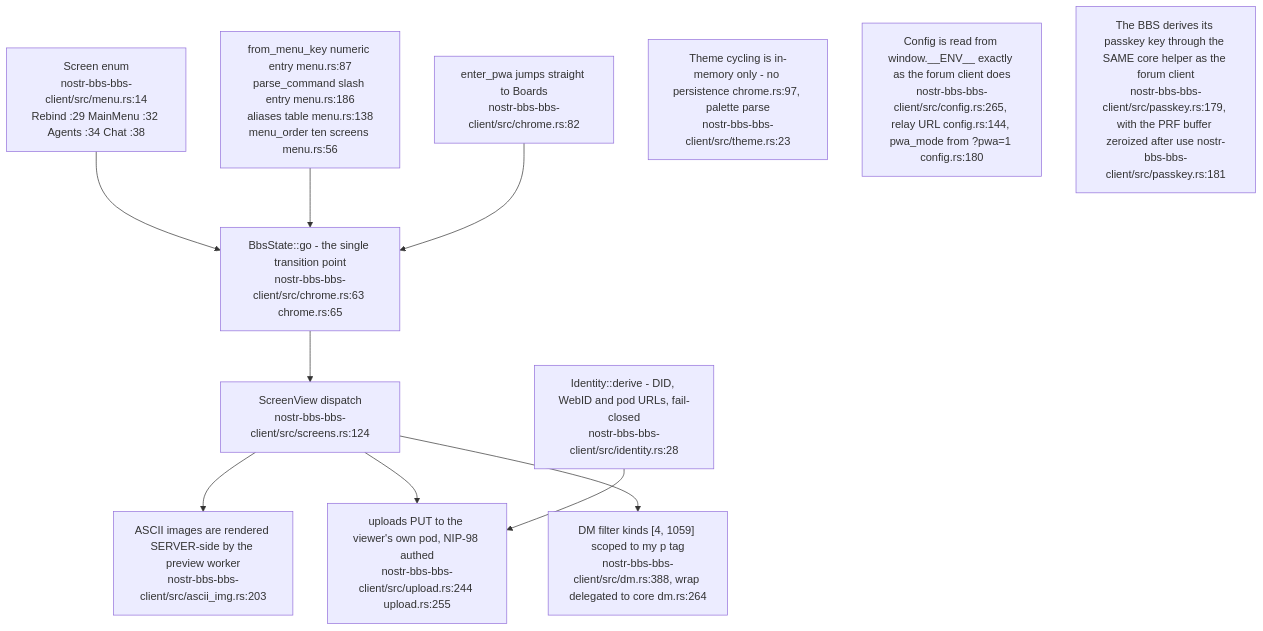
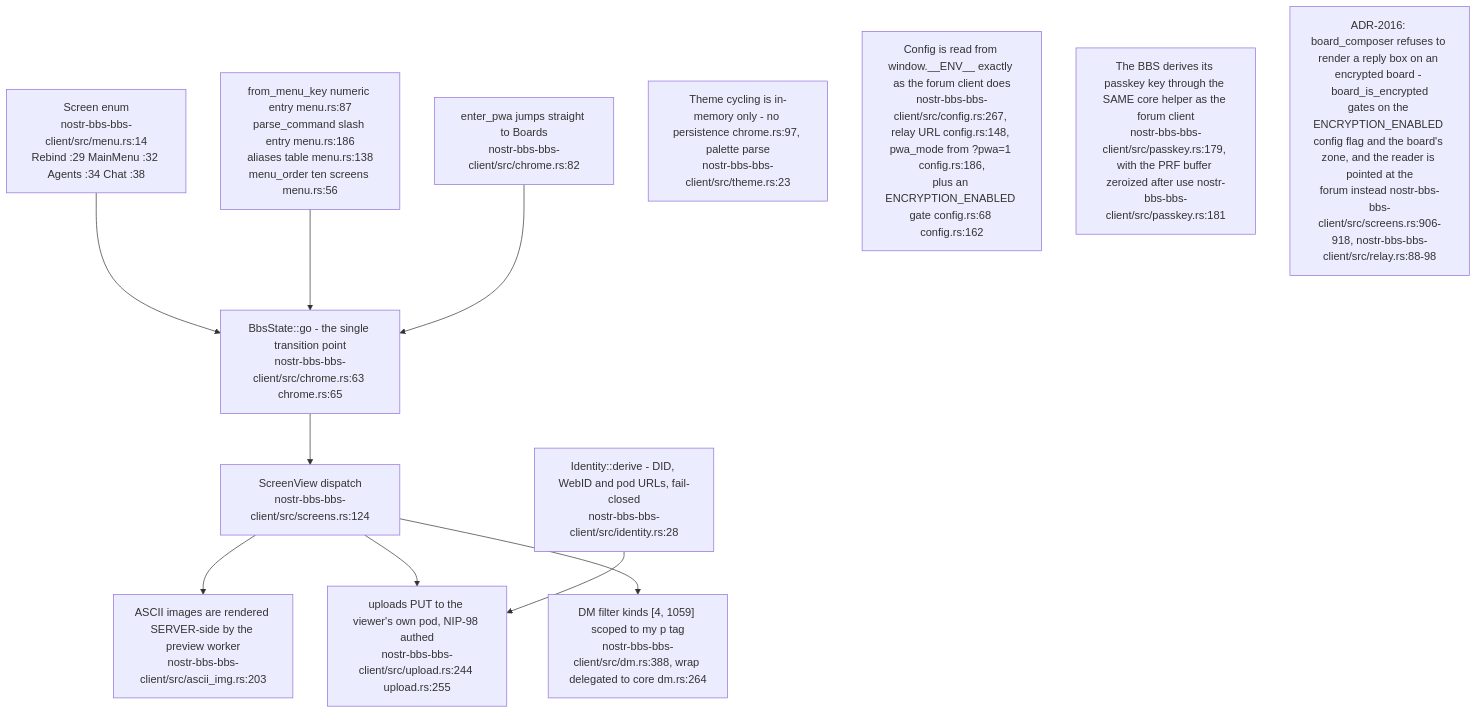
Before and after one commit to DreamLab-AI/VisionFlow: diagram 12 of 16 in docs/diagrams/nostr-rust-forum/05-leptos-clients-onboarding-messaging-governance.md, drawn with Mermaid. The commit also changed other lines of this file and 136 other files, not shown here.

First line of the commit message:
docs(diagrams): refresh the whole corpus to code HEAD and prune low-value diagrams

````diff
--- a/docs/diagrams/nostr-rust-forum/05-leptos-clients-onboarding-messaging-governance.md
+++ b/docs/diagrams/nostr-rust-forum/05-leptos-clients-onboarding-messaging-governance.md
@@ -359,22 +383,23 @@
 ```mermaid
 flowchart TB
     ENUM["Screen enum<br/>nostr-bbs-bbs-client/src/menu.rs:14<br/>Rebind :29 MainMenu :32 Agents :34 Chat :38"]
     GO["BbsState::go - the single transition point<br/>nostr-bbs-bbs-client/src/chrome.rs:63 chrome.rs:65"]
     KEYS["from_menu_key numeric entry menu.rs:87<br/>parse_command slash entry menu.rs:186<br/>aliases table menu.rs:138<br/>menu_order ten screens menu.rs:56"]
     VIEW["ScreenView dispatch<br/>nostr-bbs-bbs-client/src/screens.rs:124"]
     PWAENTER["enter_pwa jumps straight to Boards<br/>nostr-bbs-bbs-client/src/chrome.rs:82"]
     ASCII["ASCII images are rendered SERVER-side by the preview worker<br/>nostr-bbs-bbs-client/src/ascii_img.rs:203"]
     UP["uploads PUT to the viewer's own pod, NIP-98 authed<br/>nostr-bbs-bbs-client/src/upload.rs:244 upload.rs:255"]
     IDENT["Identity::derive - DID, WebID and pod URLs, fail-closed<br/>nostr-bbs-bbs-client/src/identity.rs:28"]
     DMB["DM filter kinds [4, 1059] scoped to my p tag<br/>nostr-bbs-bbs-client/src/dm.rs:388, wrap delegated to core dm.rs:264"]
 
     ENUM --> GO --> VIEW
     KEYS --> GO
     PWAENTER --> GO
     VIEW --> ASCII & UP & DMB
     IDENT --> UP
 
     N1["Theme cycling is in-memory only - no persistence chrome.rs:97, palette parse<br/>nostr-bbs-bbs-client/src/theme.rs:23"]
-    N2["Config is read from window.__ENV__ exactly as the forum client does<br/>nostr-bbs-bbs-client/src/config.rs:265, relay URL config.rs:144, pwa_mode from ?pwa=1 config.rs:180"]
+    N2["Config is read from window.__ENV__ exactly as the forum client does<br/>nostr-bbs-bbs-client/src/config.rs:267, relay URL config.rs:148, pwa_mode from ?pwa=1 config.rs:186,<br/>plus an ENCRYPTION_ENABLED gate config.rs:68 config.rs:162"]
     N3["The BBS derives its passkey key through the SAME core helper as the forum client<br/>nostr-bbs-bbs-client/src/passkey.rs:179, with the PRF buffer zeroized after use nostr-bbs-bbs-client/src/passkey.rs:181"]
+    N4["ADR-2016: board_composer refuses to render a reply box on an encrypted board - board_is_encrypted<br/>gates on the ENCRYPTION_ENABLED config flag and the board's zone, and the reader is pointed at the<br/>forum instead nostr-bbs-bbs-client/src/screens.rs:906-918, nostr-bbs-bbs-client/src/relay.rs:88-98"]
 ```
````
